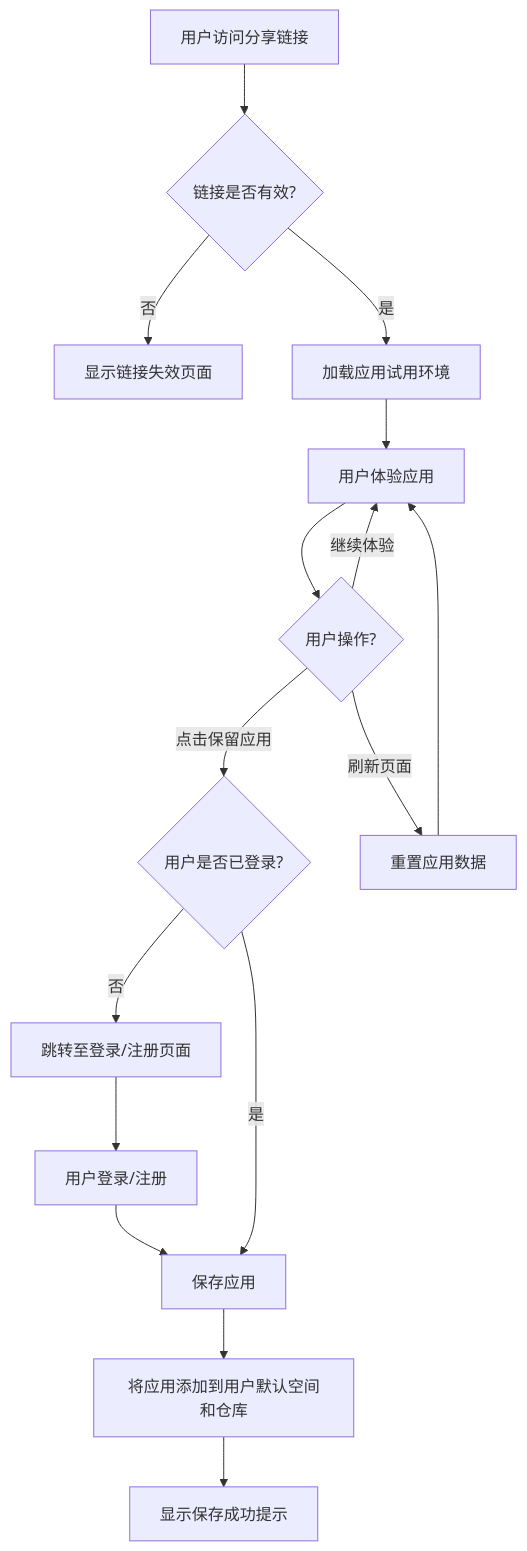
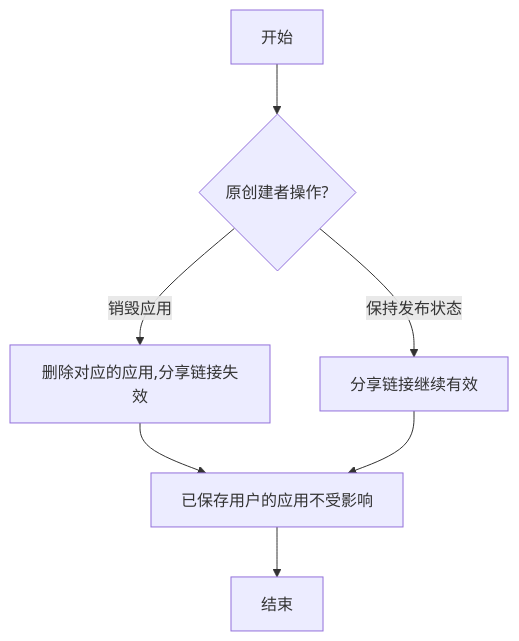
Before and after one commit to yingjianzh/iodraw-files: the diagram in all/未命名-65.md, drawn with Mermaid.

Commit message:
2025-05-22 09:43:25 update

````diff
--- a/all/未命名-65.md
+++ b/all/未命名-65.md
@@ -1,20 +1,12 @@
 ```mermaid
 
 flowchart TD
-    A[用户访问分享链接] --> B{链接是否有效?}
-    B -->|否| C[显示链接失效页面]
-    B -->|是| D[加载应用试用环境]
-    D --> E[用户体验应用]
-    E --> F{用户操作?}
-    F -->|继续体验| E
-    F -->|点击保留应用| G{用户是否已登录?}
-    G -->|否| H[跳转至登录/注册页面]
-    H --> I[用户登录/注册]
-    I --> J[保存应用]
-    G -->|是| J
-    J --> K[将应用添加到用户默认空间和仓库]
-    K --> L[显示保存成功提示]
-    F -->|刷新页面| M[重置应用数据]
-    M --> E
+    A[开始] --> B{原创建者操作?}
+    B -->|销毁应用| C[删除对应的应用,分享链接失效]
+   
+    B -->|保持发布状态| E[分享链接继续有效]
+    C --> F[已保存用户的应用不受影响]
+    E --> F
+    F --> G[结束]
 
 ```
````
